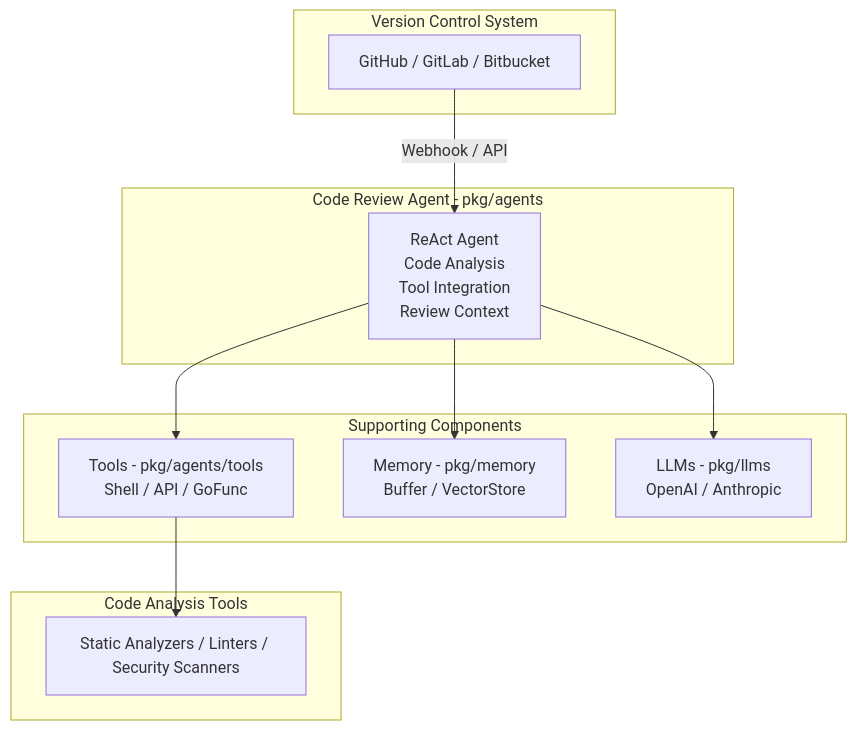
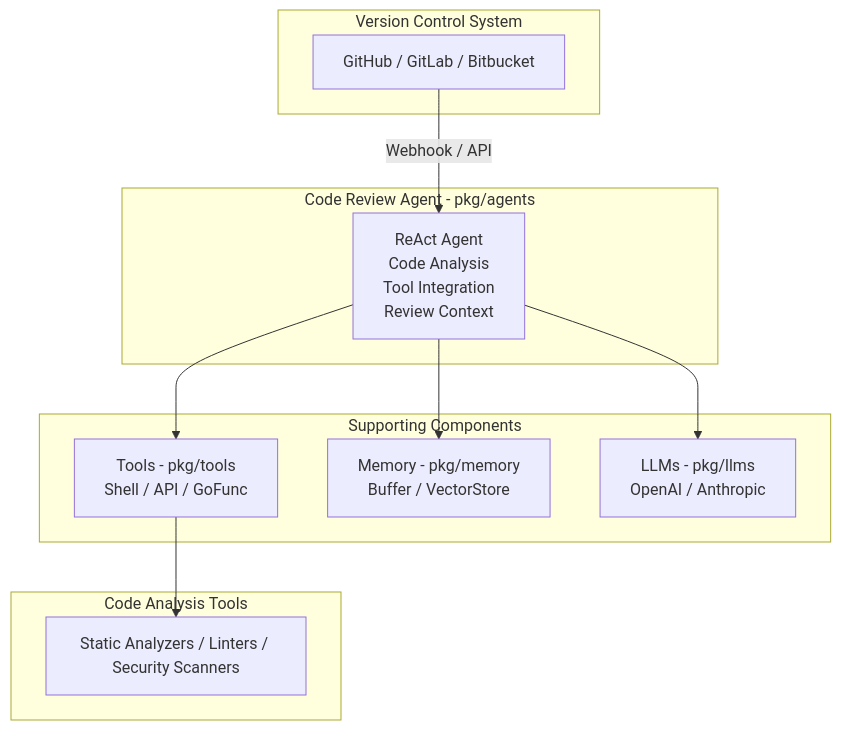
Before and after one commit to lookatitude/beluga-ai: the diagram in docs/use-cases/06-automated-code-review-system.md, drawn with Mermaid. The commit also changed other lines of this file and 53 other files, not shown here.

First line of the commit message:
refactor: flatten agents/tools to top-level pkg/tools package

````diff
--- a/docs/use-cases/06-automated-code-review-system.md
+++ b/docs/use-cases/06-automated-code-review-system.md
@@ -28,26 +28,26 @@
 ```mermaid
 graph TB
     subgraph VCS["Version Control System"]
         A[GitHub / GitLab / Bitbucket]
     end
 
     subgraph Agent["Code Review Agent - pkg/agents"]
         B[ReAct Agent<br>Code Analysis<br>Tool Integration<br>Review Context]
     end
 
     subgraph Components["Supporting Components"]
-        C[Tools - pkg/agents/tools<br>Shell / API / GoFunc]
+        C[Tools - pkg/tools<br>Shell / API / GoFunc]
         D[Memory - pkg/memory<br>Buffer / VectorStore]
         E[LLMs - pkg/llms<br>OpenAI / Anthropic]
     end
 
     subgraph Analysis["Code Analysis Tools"]
         F[Static Analyzers / Linters / Security Scanners]
     end
 
     A -->|Webhook / API| B
     B --> C
     B --> D
     B --> E
     C --> F
 ```
````
